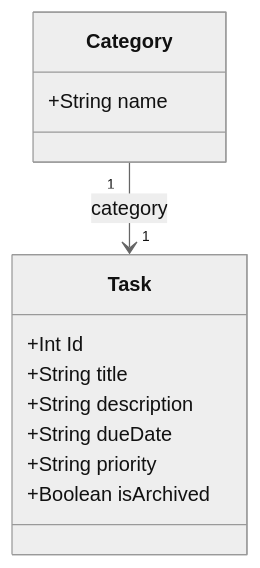
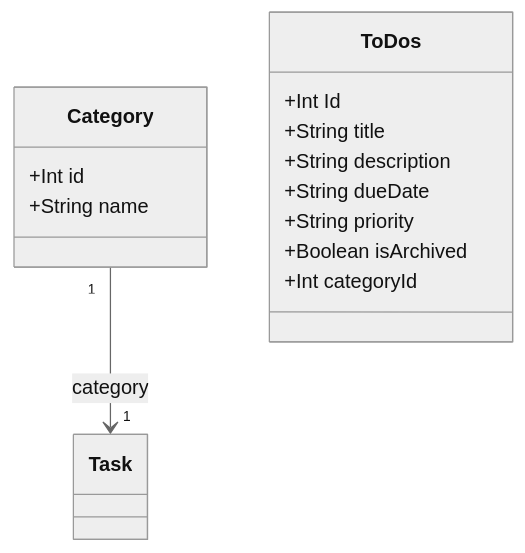
One commit to alexxfan/android-simple-todo-starter-jetpack changed the diagram in docs/data-model.md. Above: the diagram before and after it, drawn with Mermaid (neutral theme). The commit also changed other lines of this file and 20 other files, not shown here.

````diff
--- a/docs/data-model.md
+++ b/docs/data-model.md
@@ -36,19 +36,21 @@
 ```mermaid
 classDiagram
 
     Category "1" --> "1" Task: category
     
-    class Task{
+    class ToDos{
       +Int Id
       +String title
       +String description
       +String dueDate
       +String priority
       +Boolean isArchived
+      +Int categoryId
 
     }
     class Category{
+      +Int id
       +String name
     }
             
 ```
````
